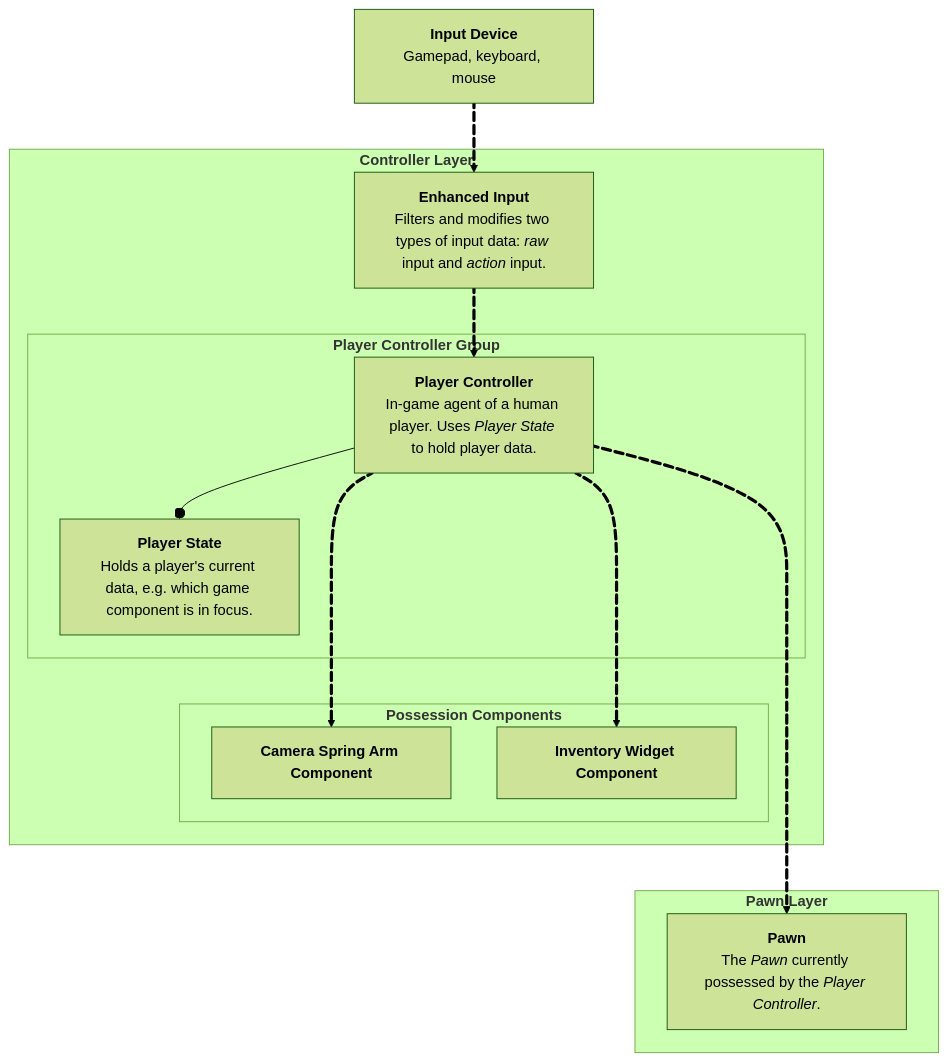
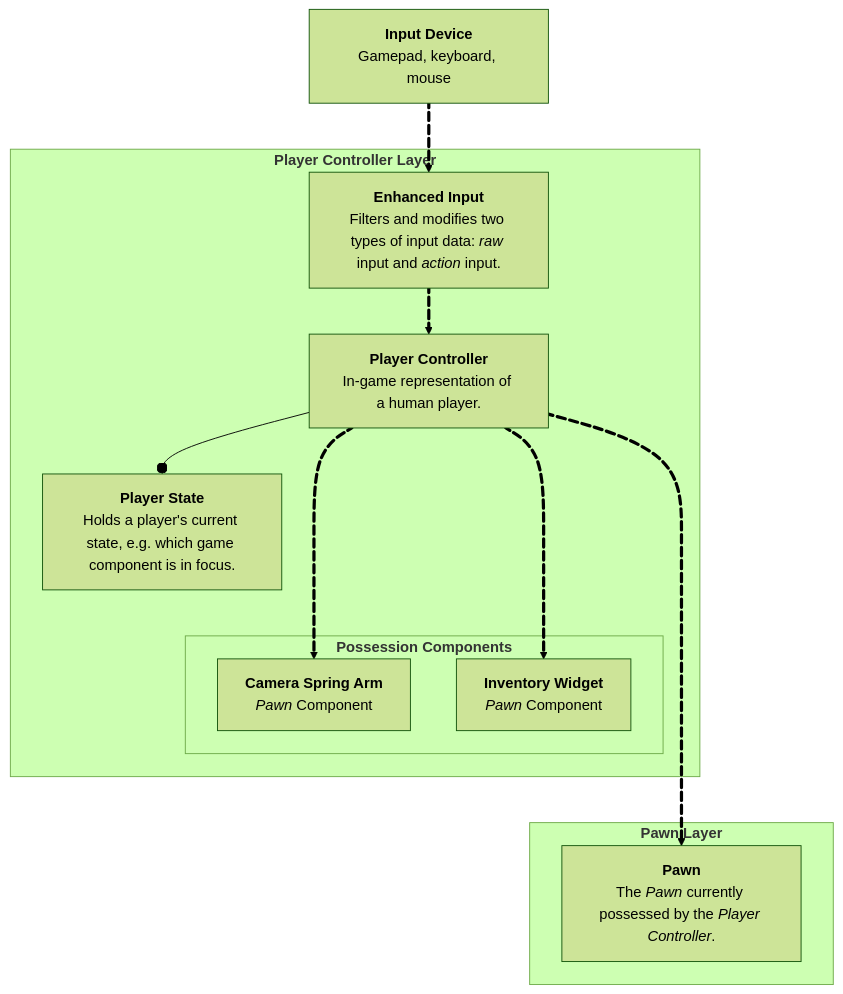
Before and after one commit to mugenmelon/mugenmelon.github.io: the third of 3 diagrams in _posts/1970-01-01-mugen-devlog-1.md, drawn with Mermaid (forest theme). The commit also changed other lines of this file, not shown here.

Commit message:
Player Controller Layer done

```diff
--- a/_posts/1970-01-01-mugen-devlog-1.md
+++ b/_posts/1970-01-01-mugen-devlog-1.md
@@ -368,49 +370,53 @@
 <pre class="mermaid">
 flowchart
     input-device["`
         **Input Device**
         Gamepad, keyboard, mouse
     `"]
 
-    subgraph controller-layer["`**Controller Layer**`"]
+    subgraph player-controller-layer["`**Player Controller Layer**`"]
         enhanced-input["`
             **Enhanced Input**
             Filters and modifies two types of input data: *raw* input and *action* input.
         `"]
-        subgraph player-controller-group["`**Player Controller Group**`"]
-            player-state["`
-                **Player State**
-                Holds a player's current data, e.g. which game component is in focus.
-            `"]
-            player-controller["`
-                **Player Controller**
-                In-game agent of a human player. Uses *Player State* to hold player data. 
-            `"]
-            player-controller --o player-state
-        end
+        player-state["`
+            **Player State**
+            Holds a player's current state, e.g. which game component is in focus.
+        `"]
+        player-controller["`
+            **Player Controller**
+            In-game representation of a human player.
+        `"]
 
         subgraph possession-comps["`**Possession Components**`"]
-            camera-spring-arm-comp["`**Camera Spring Arm Component**`"]
-            inventory-widget-comp["`**Inventory Widget Component**`"]
+            camera-spring-arm-comp["`
+                **Camera Spring Arm**
+                *Pawn* Component
+            `"]
+            inventory-widget-comp["`
+                **Inventory Widget**
+                *Pawn* Component
+            `"]
         end
     end
 
     subgraph pawn-layer["`**Pawn Layer**`"]
         pawn["`
             **Pawn**
             The *Pawn* currently possessed by the *Player Controller*.
         `"]
     end
 
     input-device e1@==> enhanced-input
     enhanced-input e2@==> player-controller
+    player-controller --o player-state
     player-controller e3@===> camera-spring-arm-comp
     player-controller e4@===> inventory-widget-comp
     player-controller e5@====> pawn
 
     e1@{ animate: true }
     e2@{ animate: true }
     e3@{ animate: true }
     e4@{ animate: true }
     e5@{ animate: true }
 </pre>
```
